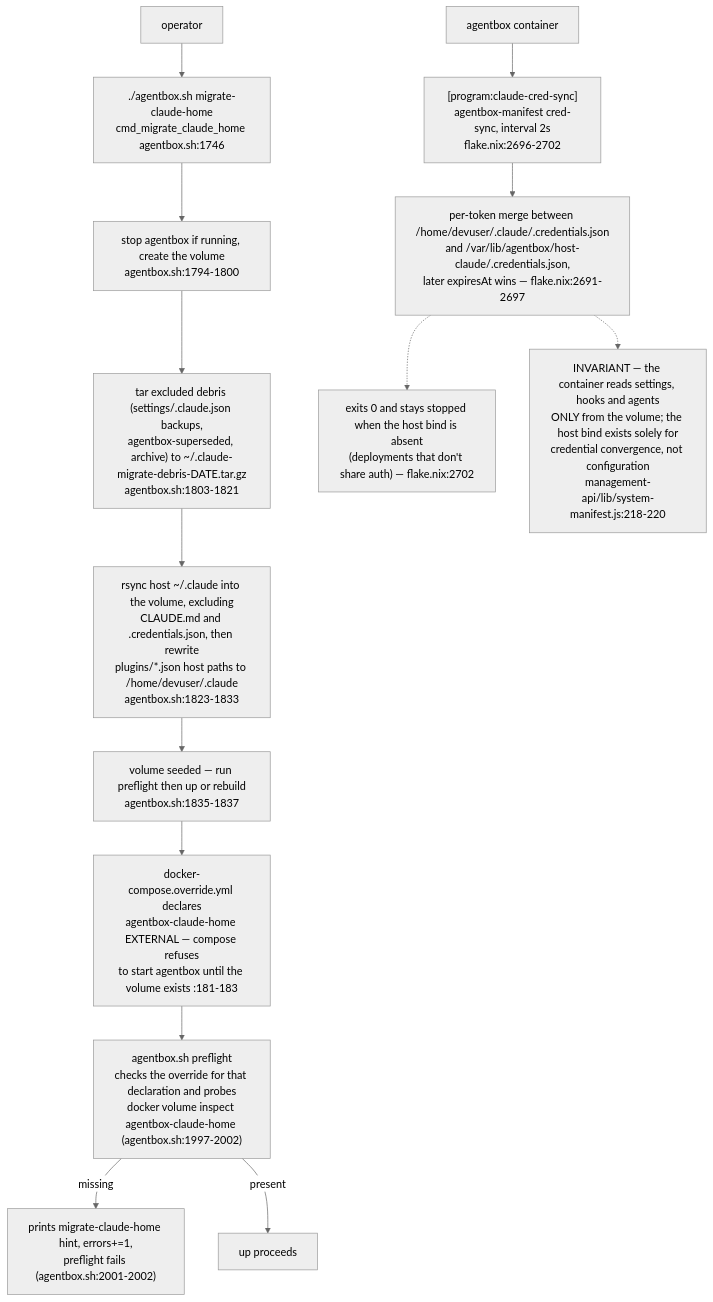
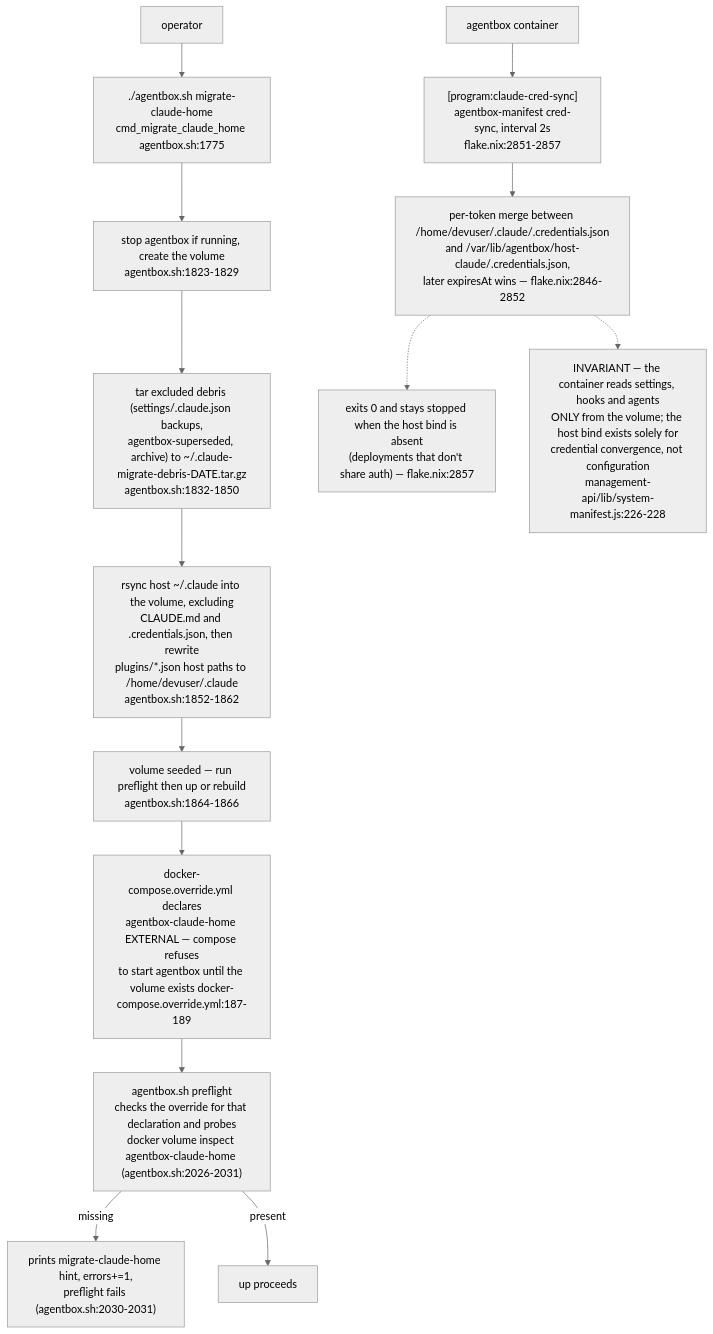
Before and after one commit to DreamLab-AI/VisionFlow: diagram 11 of 13 in docs/diagrams/agentbox/06-sidecars-and-compose-overlays.md, drawn with Mermaid (neutral theme). The commit also changed other lines of this file and 14 other files, not shown here.

First line of the commit message:
docs(diagrams): custody role isolation — new AB-36, re-stamp 11 topics at the custody integration head

````diff
--- a/docs/diagrams/agentbox/06-sidecars-and-compose-overlays.md
+++ b/docs/diagrams/agentbox/06-sidecars-and-compose-overlays.md
@@ -308,16 +319,16 @@
 ```mermaid
 flowchart TB
-    DEC["docker-compose.override.yml declares<br/>agentbox-claude-home EXTERNAL — compose refuses<br/>to start agentbox until the volume exists :181-183"] --> PRE["agentbox.sh preflight<br/>checks the override for that declaration and probes<br/>docker volume inspect agentbox-claude-home (agentbox.sh:1997-2002)"]
-    PRE -->|"missing"| ERR["prints migrate-claude-home hint, errors+=1,<br/>preflight fails (agentbox.sh:2001-2002)"]
+    DEC["docker-compose.override.yml declares<br/>agentbox-claude-home EXTERNAL — compose refuses<br/>to start agentbox until the volume exists docker-compose.override.yml:187-189"] --> PRE["agentbox.sh preflight<br/>checks the override for that declaration and probes<br/>docker volume inspect agentbox-claude-home (agentbox.sh:2026-2031)"]
+    PRE -->|"missing"| ERR["prints migrate-claude-home hint, errors+=1,<br/>preflight fails (agentbox.sh:2030-2031)"]
     PRE -->|"present"| OK["up proceeds"]
-    OP["operator"] --> MIG["./agentbox.sh migrate-claude-home<br/>cmd_migrate_claude_home agentbox.sh:1746"]
-    MIG --> STOP["stop agentbox if running, create the volume<br/>agentbox.sh:1794-1800"]
-    STOP --> DEBRIS["tar excluded debris (settings/.claude.json backups,<br/>agentbox-superseded, archive) to ~/.claude-migrate-debris-DATE.tar.gz<br/>agentbox.sh:1803-1821"]
-    DEBRIS --> RSYNC["rsync host ~/.claude into the volume, excluding<br/>CLAUDE.md and .credentials.json, then rewrite<br/>plugins/*.json host paths to /home/devuser/.claude<br/>agentbox.sh:1823-1833"]
-    RSYNC --> DONE["volume seeded — run preflight then up or rebuild<br/>agentbox.sh:1835-1837"]
+    OP["operator"] --> MIG["./agentbox.sh migrate-claude-home<br/>cmd_migrate_claude_home agentbox.sh:1775"]
+    MIG --> STOP["stop agentbox if running, create the volume<br/>agentbox.sh:1823-1829"]
+    STOP --> DEBRIS["tar excluded debris (settings/.claude.json backups,<br/>agentbox-superseded, archive) to ~/.claude-migrate-debris-DATE.tar.gz<br/>agentbox.sh:1832-1850"]
+    DEBRIS --> RSYNC["rsync host ~/.claude into the volume, excluding<br/>CLAUDE.md and .credentials.json, then rewrite<br/>plugins/*.json host paths to /home/devuser/.claude<br/>agentbox.sh:1852-1862"]
+    RSYNC --> DONE["volume seeded — run preflight then up or rebuild<br/>agentbox.sh:1864-1866"]
     DONE --> DEC
-    AB2["agentbox container"] --> SYNC["[program:claude-cred-sync]<br/>agentbox-manifest cred-sync, interval 2s<br/>flake.nix:2696-2702"]
-    SYNC --> MERGE["per-token merge between /home/devuser/.claude/.credentials.json<br/>and /var/lib/agentbox/host-claude/.credentials.json,<br/>later expiresAt wins — flake.nix:2691-2697"]
-    MERGE -.-> ABSENT["exits 0 and stays stopped when the host bind is absent<br/>(deployments that don't share auth) — flake.nix:2702"]
-    MERGE -.-> INV["INVARIANT — the container reads settings, hooks and agents<br/>ONLY from the volume; the host bind exists solely for<br/>credential convergence, not configuration<br/>management-api/lib/system-manifest.js:218-220"]
+    AB2["agentbox container"] --> SYNC["[program:claude-cred-sync]<br/>agentbox-manifest cred-sync, interval 2s<br/>flake.nix:2851-2857"]
+    SYNC --> MERGE["per-token merge between /home/devuser/.claude/.credentials.json<br/>and /var/lib/agentbox/host-claude/.credentials.json,<br/>later expiresAt wins — flake.nix:2846-2852"]
+    MERGE -.-> ABSENT["exits 0 and stays stopped when the host bind is absent<br/>(deployments that don't share auth) — flake.nix:2857"]
+    MERGE -.-> INV["INVARIANT — the container reads settings, hooks and agents<br/>ONLY from the volume; the host bind exists solely for<br/>credential convergence, not configuration<br/>management-api/lib/system-manifest.js:226-228"]
 ```
````
